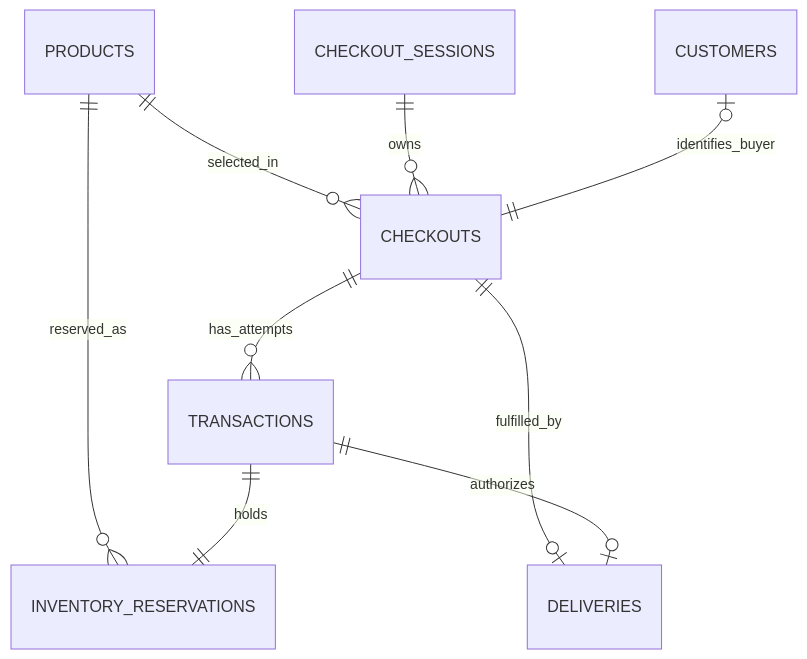
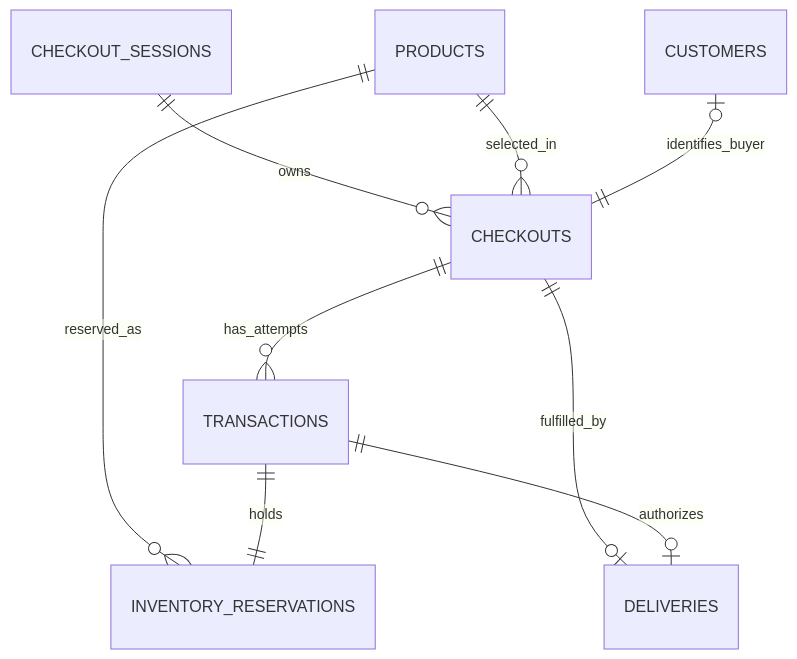
One commit to Jhon32-hue/nodo-checkout changed the diagram in README.md. Above: the diagram before and after it, drawn with Mermaid. The commit also changed other lines of this file and 3 other files, not shown here.

Commit message:
docs: present checkout architecture and evaluation guide

````diff
--- a/README.md
+++ b/README.md
@@ -570,11 +77,11 @@
 ```mermaid
 erDiagram
+    CHECKOUT_SESSIONS ||--o{ CHECKOUTS : owns
     PRODUCTS ||--o{ CHECKOUTS : selected_in
-    CHECKOUT_SESSIONS ||--o{ CHECKOUTS : owns
     CUSTOMERS |o--|| CHECKOUTS : identifies_buyer
     CHECKOUTS ||--o{ TRANSACTIONS : has_attempts
     PRODUCTS ||--o{ INVENTORY_RESERVATIONS : reserved_as
     TRANSACTIONS ||--|| INVENTORY_RESERVATIONS : holds
     CHECKOUTS ||--o| DELIVERIES : fulfilled_by
     TRANSACTIONS ||--o| DELIVERIES : authorizes
 ```
````
